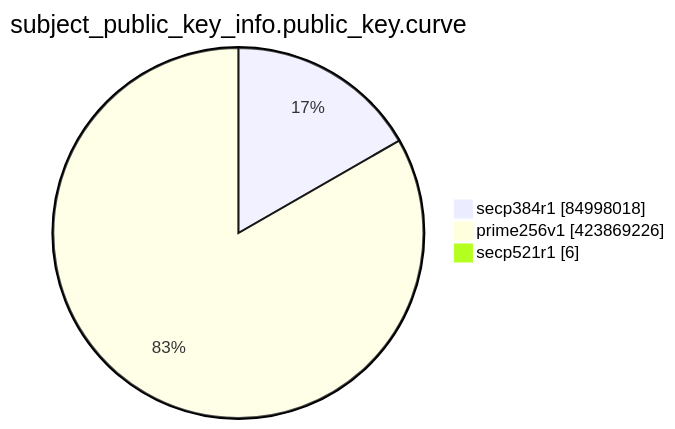
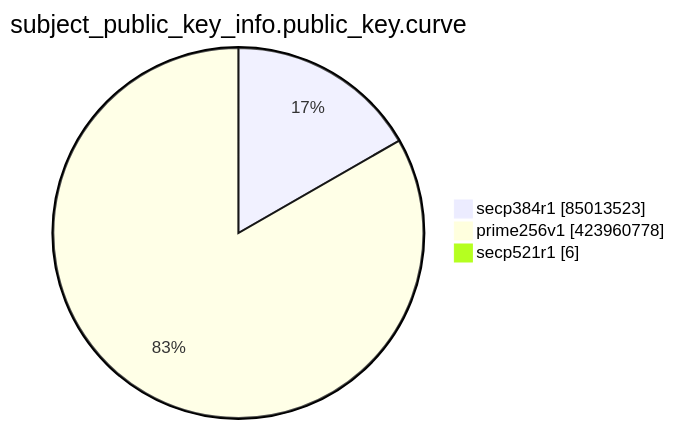
One commit to christiankrug/ctmonitor_visualization changed the eighth of 15 diagrams in TOTAL/README.md. Above: the diagram before and after it, drawn with Mermaid. The commit also changed other lines of this file, not shown here.

````diff
--- a/TOTAL/README.md
+++ b/TOTAL/README.md
@@ -3099,7 +3100,7 @@
 ```mermaid
 pie showData
 title subject_public_key_info.public_key.curve
-"secp384r1" :84998018
-"prime256v1" :423869226
+"secp384r1" :85013523
+"prime256v1" :423960778
 "secp521r1" :6
 ```
````
